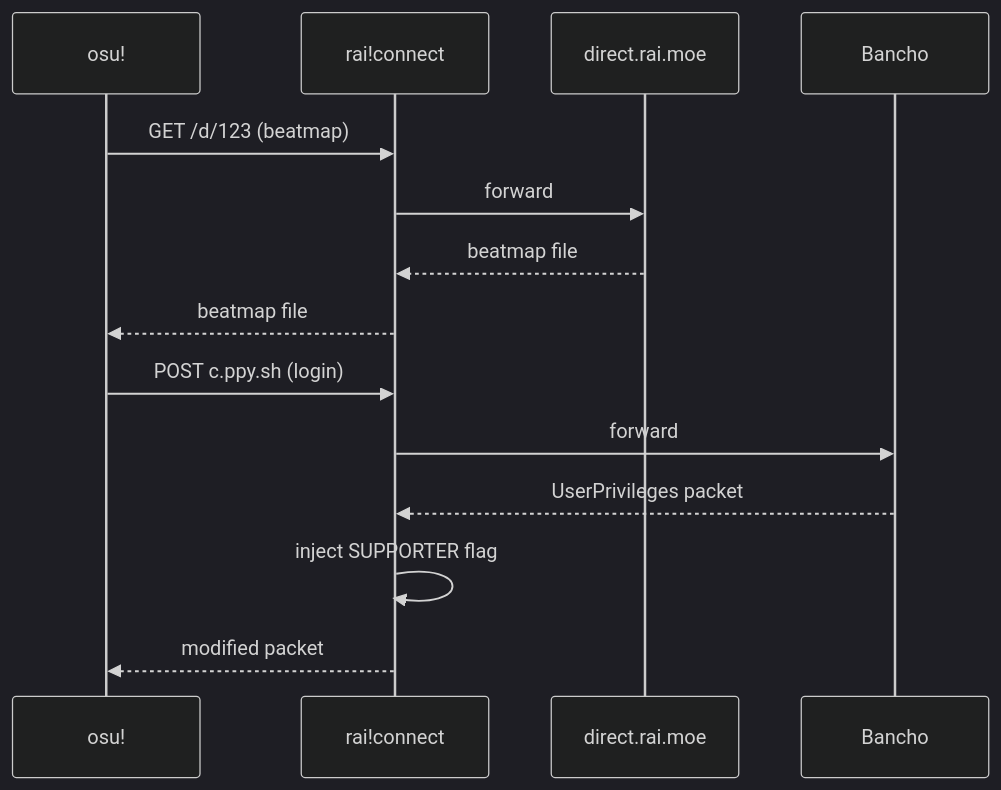
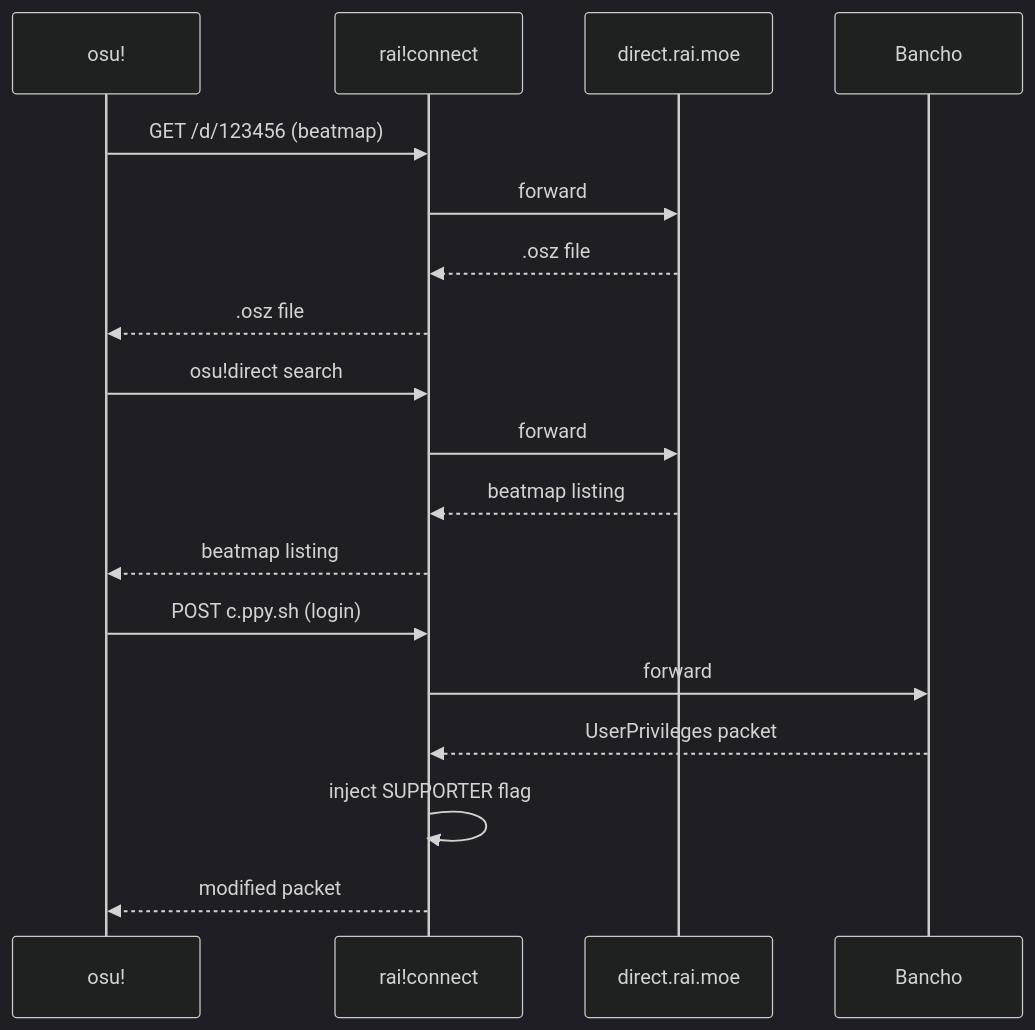
One commit to rai-osu/connect changed the diagram in README.md. Above: the diagram before and after it, drawn with Mermaid (dark theme). The commit also changed other lines of this file, not shown here.

````diff
--- a/README.md
+++ b/README.md
@@ -7,18 +33,23 @@
 ```mermaid
 sequenceDiagram
     participant osu as osu!
     participant proxy as rai!connect
     participant mirror as direct.rai.moe
     participant bancho as Bancho
 
-    osu->>proxy: GET /d/123 (beatmap)
+    osu->>proxy: GET /d/123456 (beatmap)
     proxy->>mirror: forward
-    mirror-->>proxy: beatmap file
-    proxy-->>osu: beatmap file
+    mirror-->>proxy: .osz file
+    proxy-->>osu: .osz file
+
+    osu->>proxy: osu!direct search
+    proxy->>mirror: forward
+    mirror-->>proxy: beatmap listing
+    proxy-->>osu: beatmap listing
 
     osu->>proxy: POST c.ppy.sh (login)
     proxy->>bancho: forward
     bancho-->>proxy: UserPrivileges packet
     proxy->>proxy: inject SUPPORTER flag
     proxy-->>osu: modified packet
 ```
````
